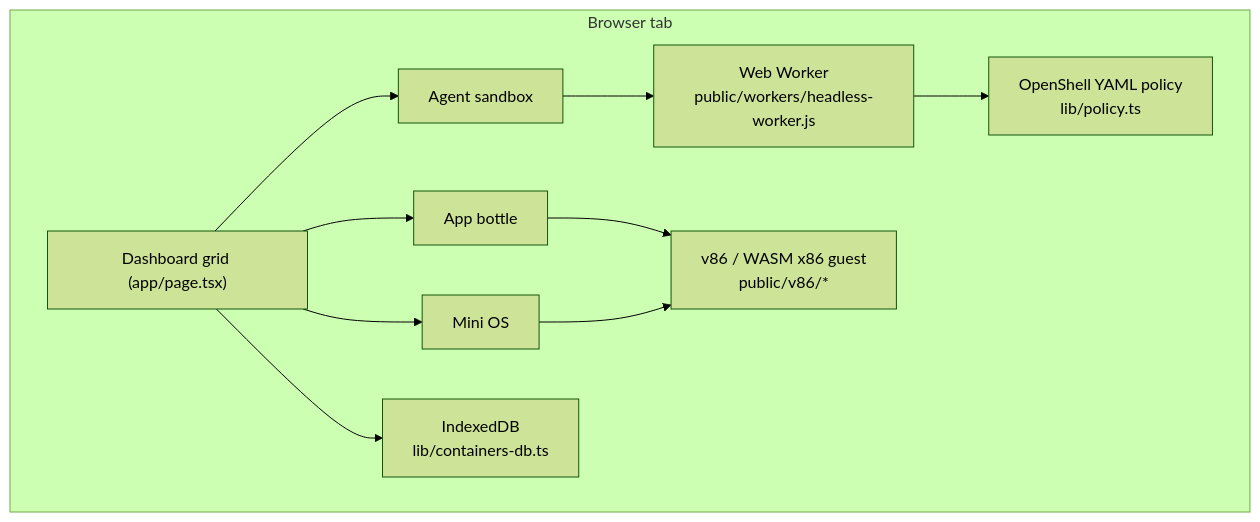
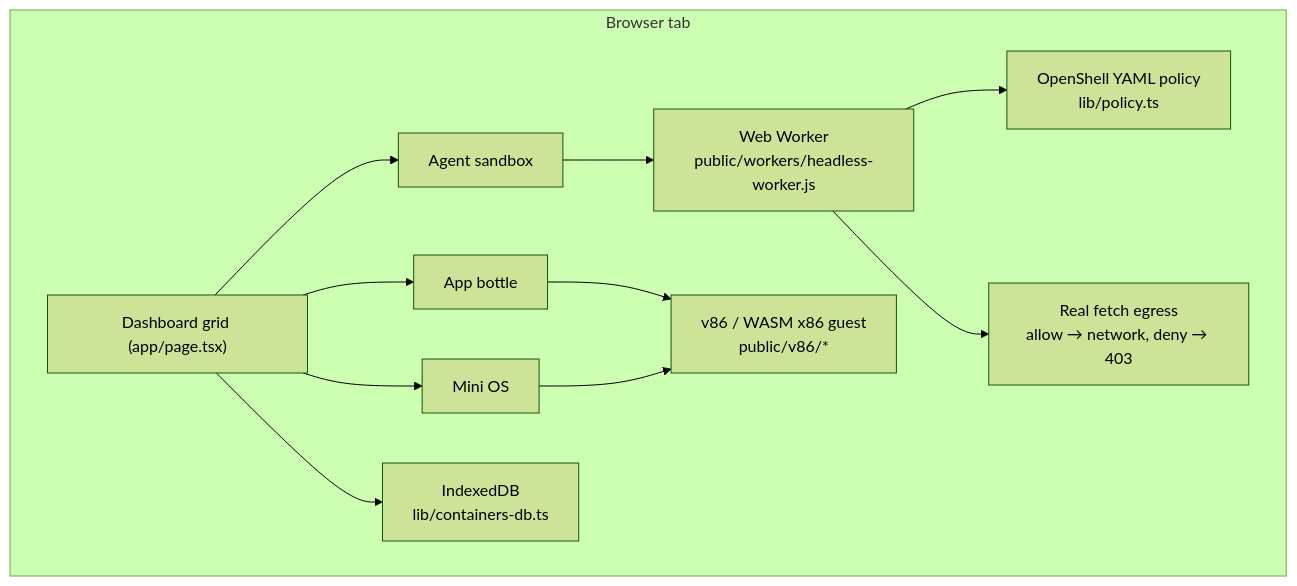
The diagram in README.md (reagent-systems/clientside-containers), drawn with Mermaid (forest theme) before and after one commit. The commit also changed other lines of this file and 6 other files, not shown here.

````diff
--- a/README.md
+++ b/README.md
@@ -70,14 +70,15 @@
 ```mermaid
 flowchart TB
   subgraph Tab [Browser tab]
     Dashboard["Dashboard grid (app/page.tsx)"]
     Dashboard --> Agent["Agent sandbox"]
     Dashboard --> App["App bottle"]
     Dashboard --> MiniOS["Mini OS"]
     Agent --> Worker["Web Worker\npublic/workers/headless-worker.js"]
     Worker --> Policy["OpenShell YAML policy\nlib/policy.ts"]
+    Worker --> Fetch["Real fetch egress\nallow → network, deny → 403"]
     App --> V86["v86 / WASM x86 guest\npublic/v86/*"]
     MiniOS --> V86
     Dashboard --> IDB["IndexedDB\nlib/containers-db.ts"]
   end
 ```
````
